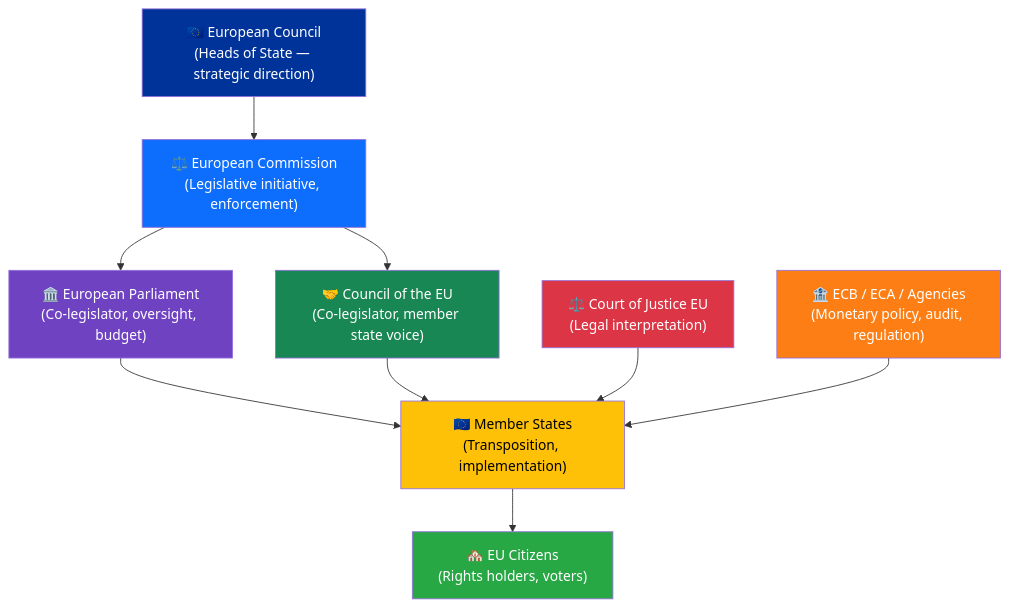
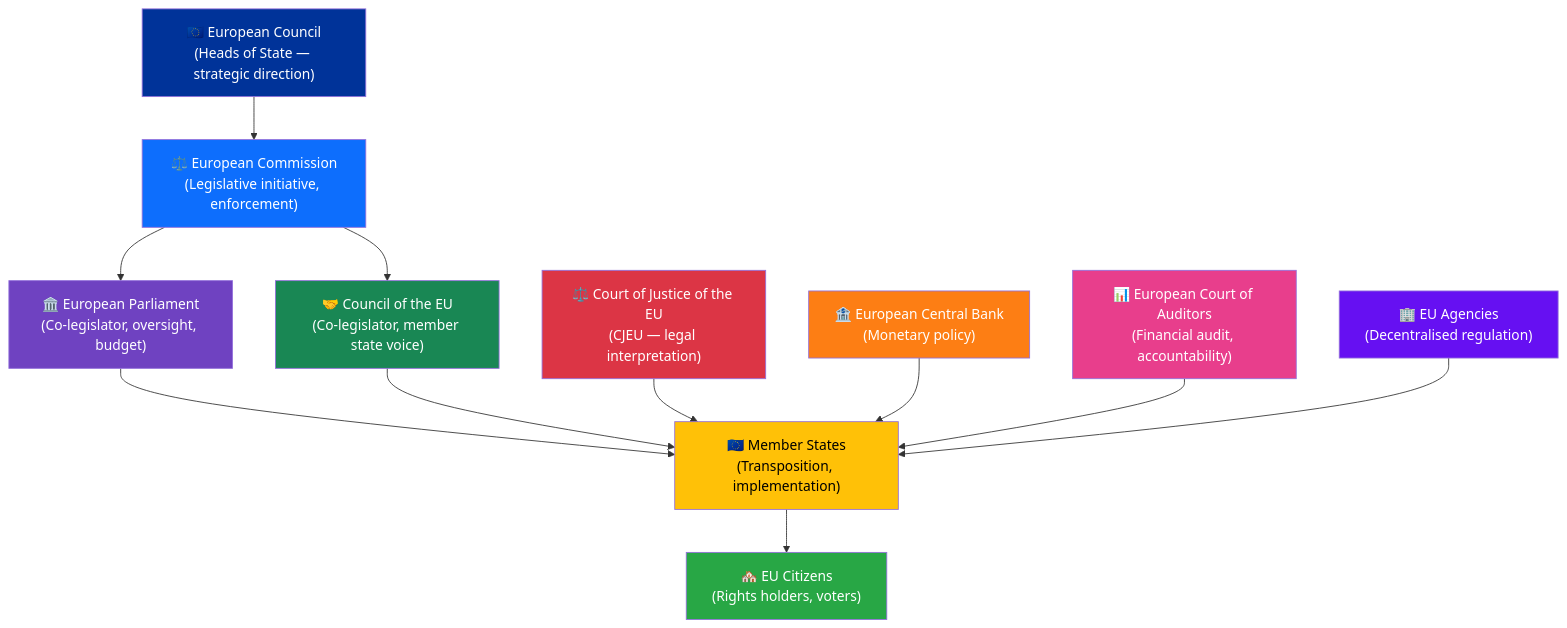
Before and after one commit to Hack23/euparliamentmonitor: the second of 2 diagrams in analysis/templates/stakeholder-impact.md, drawn with Mermaid. The commit also changed 3 other files, not shown here.

````diff
--- a/analysis/templates/stakeholder-impact.md
+++ b/analysis/templates/stakeholder-impact.md
@@ -194,27 +194,33 @@
 ```mermaid
 flowchart TD
     EC["🇪🇺 European Council<br/>(Heads of State — strategic direction)"]
     COM["⚖️ European Commission<br/>(Legislative initiative, enforcement)"]
     EP["🏛️ European Parliament<br/>(Co-legislator, oversight, budget)"]
     COUNCIL["🤝 Council of the EU<br/>(Co-legislator, member state voice)"]
-    CJEU["⚖️ Court of Justice EU<br/>(Legal interpretation)"]
-    ECB["🏦 ECB / ECA / Agencies<br/>(Monetary policy, audit, regulation)"]
+    CJEU["⚖️ Court of Justice of the EU<br/>(CJEU — legal interpretation)"]
+    ECB["🏦 European Central Bank<br/>(Monetary policy)"]
+    ECA["📊 European Court of Auditors<br/>(Financial audit, accountability)"]
+    AGENCIES["🏢 EU Agencies<br/>(Decentralised regulation)"]
     MS["🇪🇺 Member States<br/>(Transposition, implementation)"]
     CIT["🏘️ EU Citizens<br/>(Rights holders, voters)"]
 
     EC --> COM
     COM --> EP & COUNCIL
     EP & COUNCIL --> MS
     CJEU --> MS
     ECB --> MS
+    ECA --> MS
+    AGENCIES --> MS
     MS --> CIT
 
     style EC fill:#003399,color:#fff
     style COM fill:#0d6efd,color:#fff
     style EP fill:#6f42c1,color:#fff
     style COUNCIL fill:#198754,color:#fff
     style CJEU fill:#dc3545,color:#fff
     style ECB fill:#fd7e14,color:#fff
+    style ECA fill:#e83e8c,color:#fff
+    style AGENCIES fill:#6610f2,color:#fff
     style MS fill:#ffc107,color:#000
     style CIT fill:#28a745,color:#fff
 ```
````
